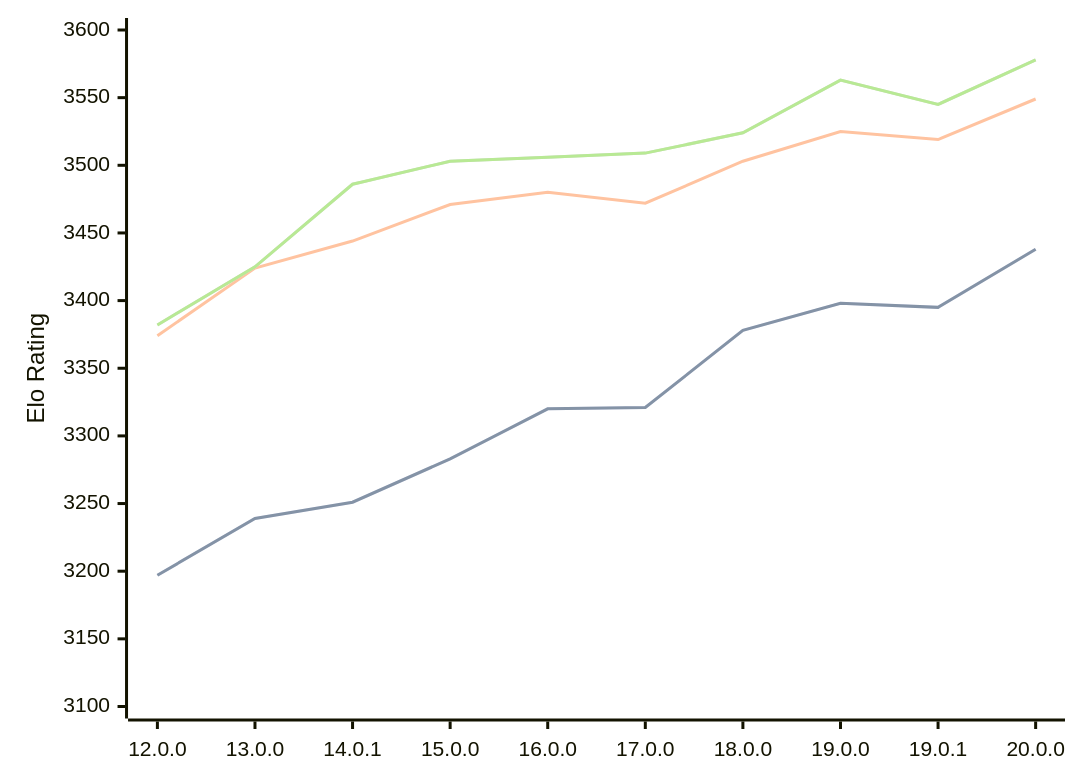
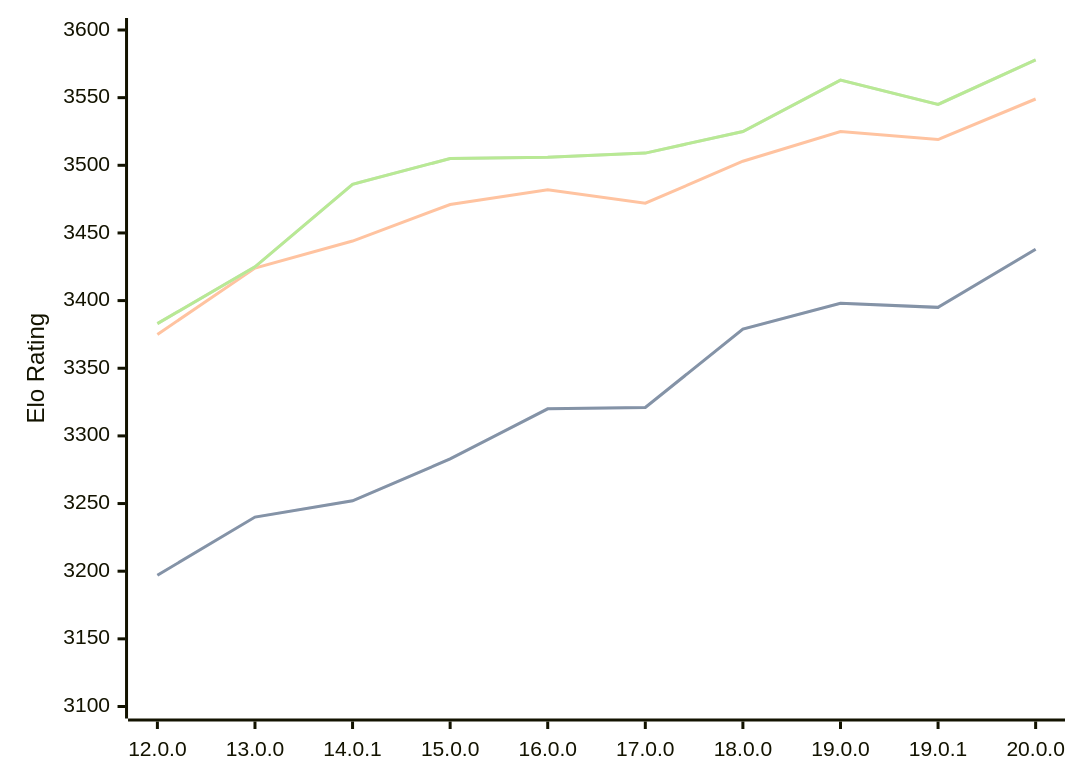
Before and after one commit to computer-chess-index/cci: the diagram in engines/Viridithas.md, drawn with Mermaid. The commit also changed other lines of this file, not shown here.

Commit message:
Update CCI Ratings (ELO VLTC) - 2026-08-10

````diff
--- a/engines/Viridithas.md
+++ b/engines/Viridithas.md
@@ -40,11 +40,11 @@
 ```mermaid
 %%{init: {"theme":"base","themeVariables":{"seriesColors:['#a3a3a3','#222221','#faa371']}}}%%
 xychart-beta
   x-axis ["12.0.0", "13.0.0", "14.0.1", "15.0.0", "16.0.0", "17.0.0", "18.0.0", "19.0.0", "19.0.1", "20.0.0"]
   y-axis "Elo Rating" 3100 --> 3600
-  line "STC (8.0+0.08s)" [3197, 3239, 3251, 3283, 3320, 3321, 3378, 3398, 3395, 3438]
-  line "STC (8.0+0.08s)" [3197, 3239, 3251, 3283, 3320, 3321, 3378, 3398, 3395, 3438]
-  line "LTC (60.0+0.60s)" [3374, 3424, 3444, 3471, 3480, 3472, 3503, 3525, 3519, 3549]
-  line "VLTC (2m24s+1.12s)" [3382, 3425, 3486, 3503, 3506, 3509, 3524, 3563, 3545, 3578]
-  line "VLTC (2m24s+1.12s)" [3382, 3425, 3486, 3503, 3506, 3509, 3524, 3563, 3545, 3578]
+  line "STC (8.0+0.08s)" [3197, 3240, 3252, 3283, 3320, 3321, 3379, 3398, 3395, 3438]
+  line "STC (8.0+0.08s)" [3197, 3240, 3252, 3283, 3320, 3321, 3379, 3398, 3395, 3438]
+  line "LTC (60.0+0.60s)" [3375, 3424, 3444, 3471, 3482, 3472, 3503, 3525, 3519, 3549]
+  line "VLTC (2m24s+1.12s)" [3383, 3425, 3486, 3505, 3506, 3509, 3525, 3563, 3545, 3578]
+  line "VLTC (2m24s+1.12s)" [3383, 3425, 3486, 3505, 3506, 3509, 3525, 3563, 3545, 3578]
 ```
````
